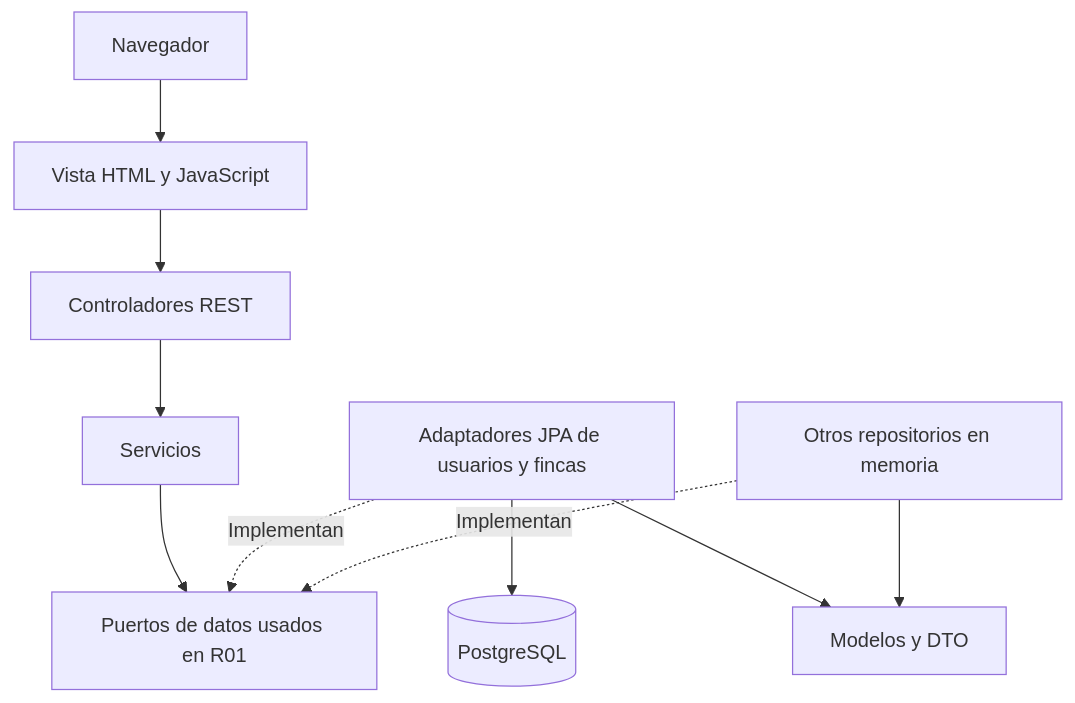
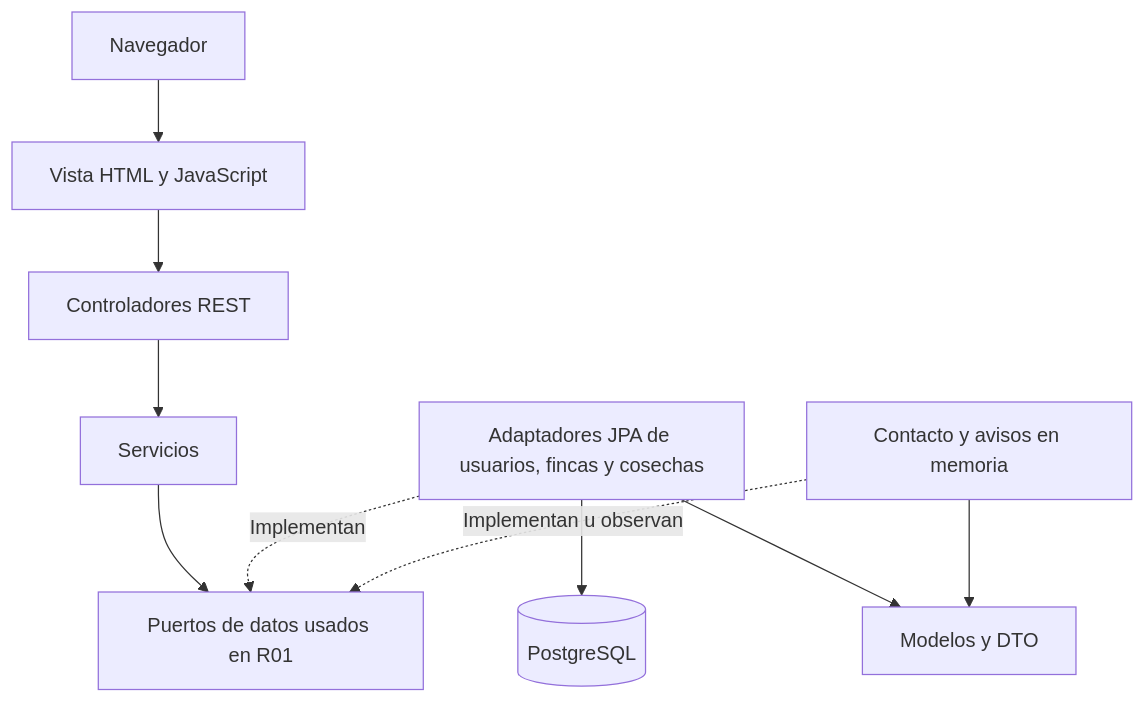
The diagram in docs/arquitectura.md (JuanFiligrana/Agrovalle-Conect), drawn with Mermaid before and after one commit. The commit also changed other lines of this file and 20 other files, not shown here.

````diff
--- a/docs/arquitectura.md
+++ b/docs/arquitectura.md
@@ -11,12 +11,12 @@
 ```mermaid
 flowchart TD
     B["Navegador"] --> V["Vista HTML y JavaScript"]
     V --> C["Controladores REST"]
     C --> S["Servicios"]
     S --> P["Puertos de datos usados en R01"]
-    A["Adaptadores JPA de usuarios y fincas"] -. "Implementan" .-> P
+    A["Adaptadores JPA de usuarios, fincas y cosechas"] -. "Implementan" .-> P
     A --> DB[(PostgreSQL)]
-    R["Otros repositorios en memoria"] -. "Implementan" .-> P
+    R["Contacto y avisos en memoria"] -. "Implementan u observan" .-> P
     A --> D["Modelos y DTO"]
     R --> D
 ```
````
